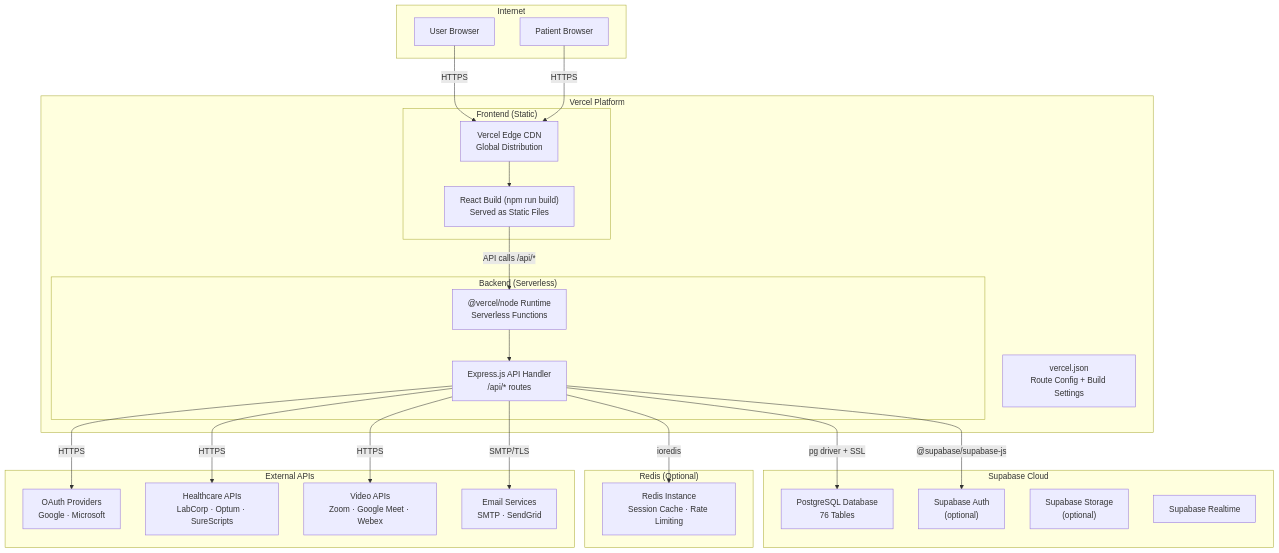
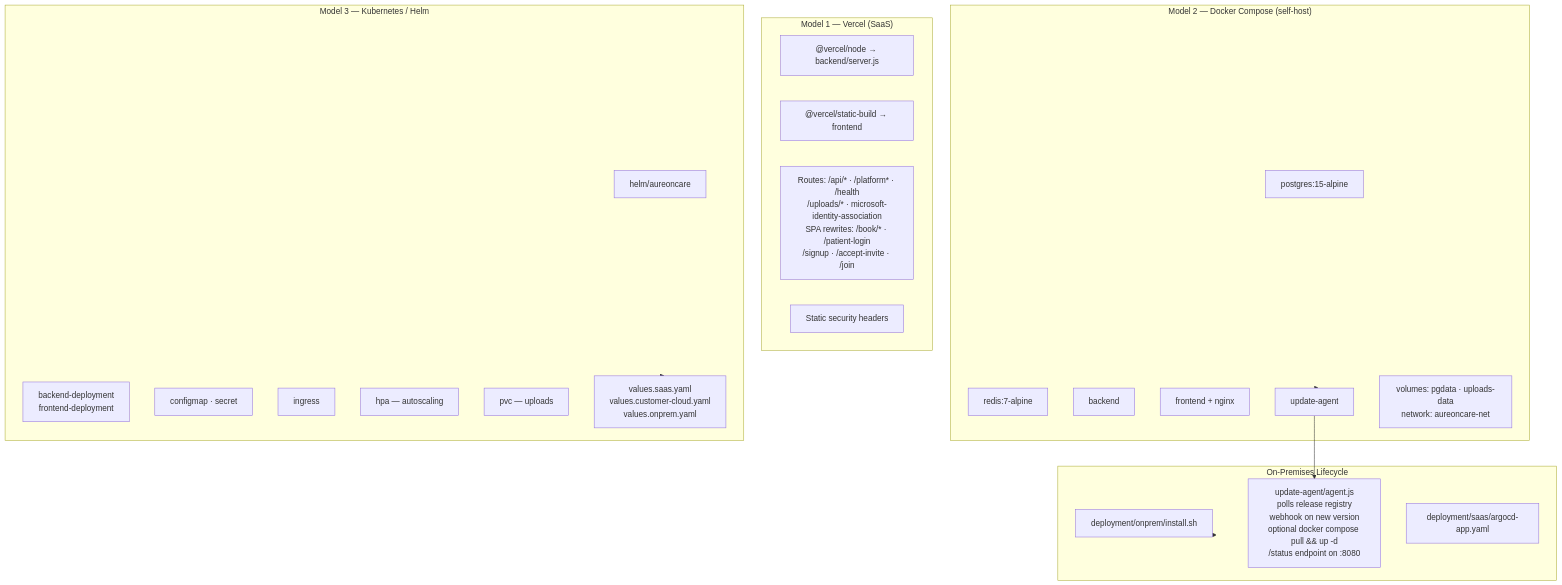
One commit to rajbizchannels/AureonCare changed diagram 17 of 19 in ARCHITECTURE_DIAGRAM.md. Above: the diagram before and after it, drawn with Mermaid. The commit also changed other lines of this file, not shown here.

First line of the commit message:
Update the architecture diagram to match the code as it stands

````diff
--- a/ARCHITECTURE_DIAGRAM.md
+++ b/ARCHITECTURE_DIAGRAM.md
@@ -850,52 +744,38 @@
 ```mermaid
 graph TB
-    subgraph Internet["Internet"]
-        USER_BR["User Browser"]
-        PATIENT_BR["Patient Browser"]
+    subgraph Vercel["Model 1 — Vercel (SaaS)"]
+        VN["@vercel/node → backend/server.js"]
+        VS["@vercel/static-build → frontend"]
+        VR["Routes: /api/* · /platform* · /health<br/>/uploads/* · microsoft-identity-association<br/>SPA rewrites: /book/* · /patient-login<br/>/signup · /accept-invite · /join"]
+        VH["Static security headers"]
     end
 
-    subgraph Vercel["Vercel Platform"]
-        subgraph FE_VERCEL["Frontend (Static)"]
-            REACT_BUILD["React Build (npm run build)<br/>Served as Static Files"]
-            CDN_VERCEL["Vercel Edge CDN<br/>Global Distribution"]
-        end
-
-        subgraph BE_VERCEL["Backend (Serverless)"]
-            NODE_SLS["@vercel/node Runtime<br/>Serverless Functions"]
-            API_FUNC["Express.js API Handler<br/>/api/* routes"]
-        end
-
-        VERCEL_CFG["vercel.json<br/>Route Config + Build Settings"]
+    subgraph Compose["Model 2 — Docker Compose (self-host)"]
+        PG["postgres:15-alpine"]
+        RD["redis:7-alpine"]
+        BK["backend"]
+        FE["frontend + nginx"]
+        UA["update-agent"]
+        VOL["volumes: pgdata · uploads-data<br/>network: aureoncare-net"]
     end
 
-    subgraph Supabase["Supabase Cloud"]
-        PG_SB["PostgreSQL Database<br/>76 Tables"]
-        SB_AUTH["Supabase Auth<br/>(optional)"]
-        SB_STORAGE["Supabase Storage<br/>(optional)"]
-        SB_REALTIME["Supabase Realtime"]
+    subgraph K8s["Model 3 — Kubernetes / Helm"]
+        CHART["helm/aureoncare"]
+        DEPL["backend-deployment<br/>frontend-deployment"]
+        CFG["configmap · secret"]
+        ING["ingress"]
+        HPA["hpa — autoscaling"]
+        PVC["pvc — uploads"]
+        PROF["values.saas.yaml<br/>values.customer-cloud.yaml<br/>values.onprem.yaml"]
     end
 
-    subgraph Redis_Infra["Redis (Optional)"]
-        REDIS_INST["Redis Instance<br/>Session Cache · Rate Limiting"]
+    subgraph Onprem["On-Premises Lifecycle"]
+        INST["deployment/onprem/install.sh"]
+        AGENT["update-agent/agent.js<br/>polls release registry<br/>webhook on new version<br/>optional docker compose pull && up -d<br/>/status endpoint on :8080"]
+        ARGO["deployment/saas/argocd-app.yaml"]
     end
 
-    subgraph ExtAPIs["External APIs"]
-        OAUTH_EXT["OAuth Providers<br/>Google · Microsoft"]
-        HEALTH_APIS["Healthcare APIs<br/>LabCorp · Optum · SureScripts"]
-        VIDEO_APIS["Video APIs<br/>Zoom · Google Meet · Webex"]
-        EMAIL_SVC["Email Services<br/>SMTP · SendGrid"]
-    end
-
-    USER_BR -->|"HTTPS"| CDN_VERCEL
-    PATIENT_BR -->|"HTTPS"| CDN_VERCEL
-    CDN_VERCEL --> REACT_BUILD
-    REACT_BUILD -->|"API calls /api/*"| NODE_SLS
-    NODE_SLS --> API_FUNC
-    API_FUNC -->|"pg driver + SSL"| PG_SB
-    API_FUNC -->|"@supabase/supabase-js"| SB_AUTH
-    API_FUNC -->|"ioredis"| REDIS_INST
-    API_FUNC -->|"HTTPS"| OAUTH_EXT
-    API_FUNC -->|"HTTPS"| HEALTH_APIS
-    API_FUNC -->|"HTTPS"| VIDEO_APIS
-    API_FUNC -->|"SMTP/TLS"| EMAIL_SVC
+    Compose --> UA --> AGENT
+    K8s --> PROF
+    Onprem --> INST
 ```
````
